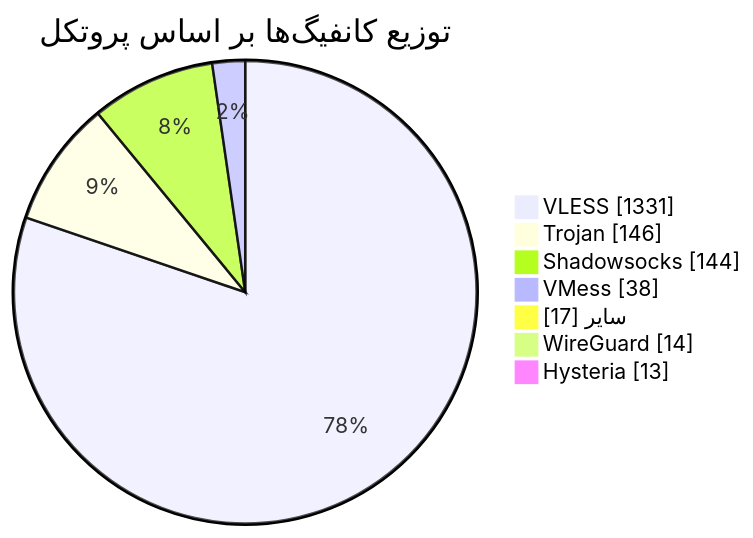
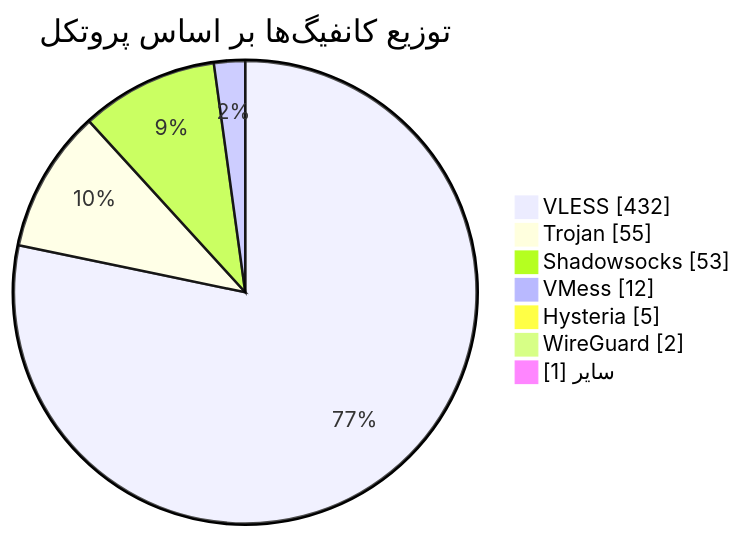
Before and after one commit to Arian-Alijani/Somthing: the diagram in README.md, drawn with Mermaid. The commit also changed other lines of this file and 21 other files, not shown here.

````diff
--- a/README.md
+++ b/README.md
@@ -49,11 +49,11 @@
 ```mermaid
 pie showData
     title توزیع کانفیگ‌ها بر اساس پروتکل
-    "VLESS" : 1331
-    "Trojan" : 146
-    "Shadowsocks" : 144
-    "VMess" : 38
-    "سایر" : 17
-    "WireGuard" : 14
-    "Hysteria" : 13
+    "VLESS" : 432
+    "Trojan" : 55
+    "Shadowsocks" : 53
+    "VMess" : 12
+    "Hysteria" : 5
+    "WireGuard" : 2
+    "سایر" : 1
 ```
````
